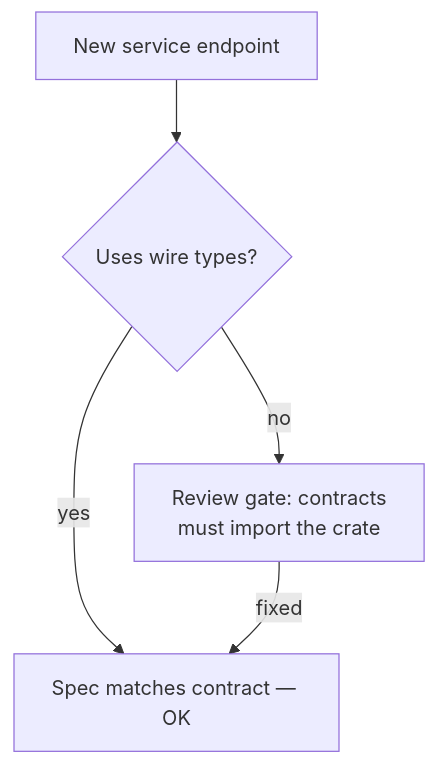
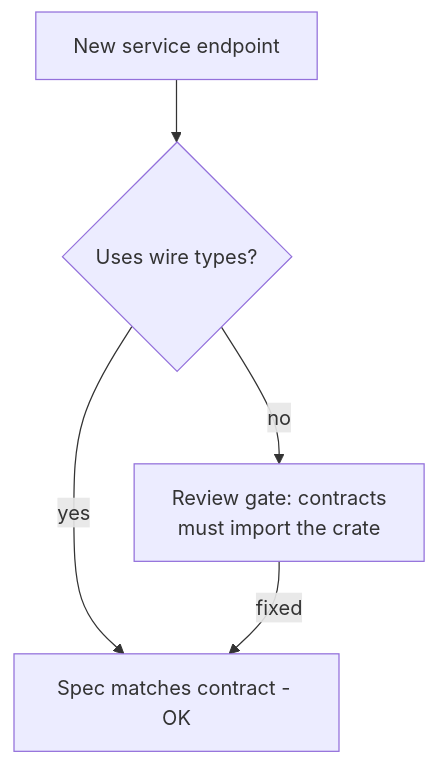
The fourth of 5 diagrams in crates/wire/contracts/DESIGN.md (commerce8/bill8-sdk), drawn with Mermaid before and after one commit. The commit also changed other lines of this file and 37 other files, not shown here.

````diff
--- a/crates/wire/contracts/DESIGN.md
+++ b/crates/wire/contracts/DESIGN.md
@@ -91,7 +91,7 @@
 ```mermaid
 flowchart TD
     A[New service endpoint] --> B{Uses wire types?}
-    B -- yes --> C[Spec matches contract — OK]
+    B -- yes --> C[Spec matches contract - OK]
     B -- no --> D[Review gate: contracts<br/>must import the crate]
     D -->|fixed| C
 ```
````
